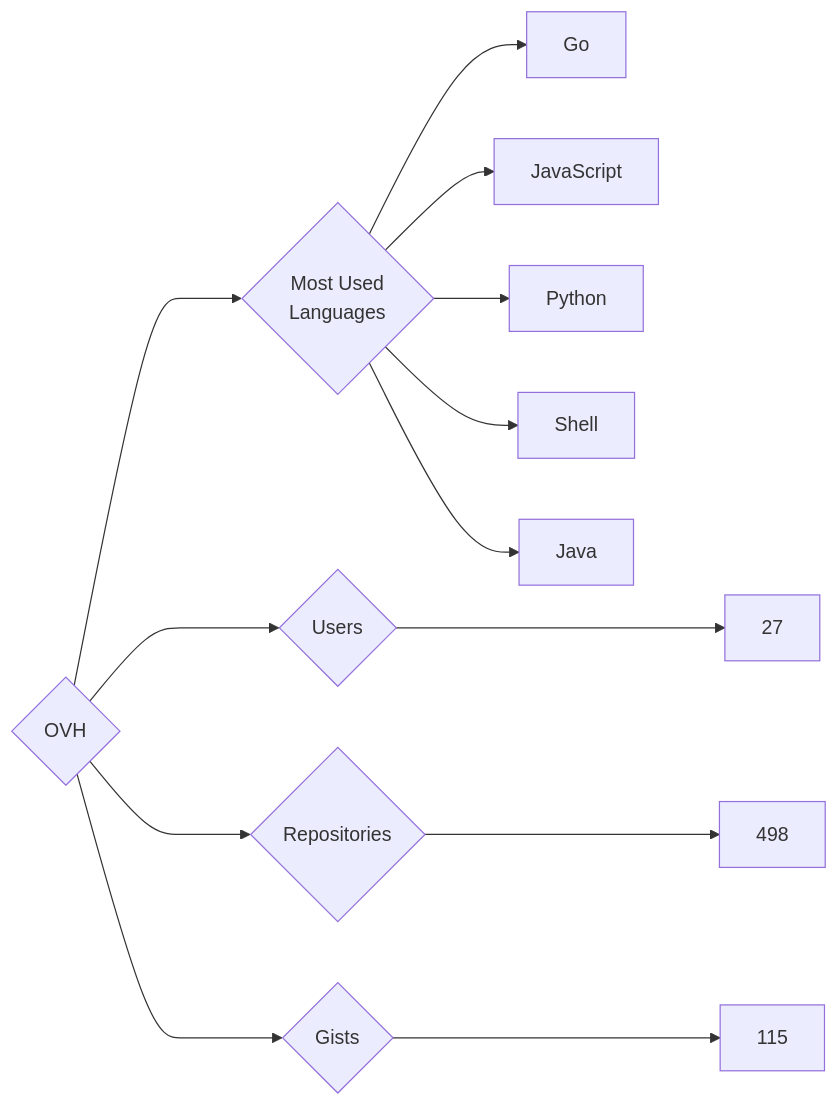
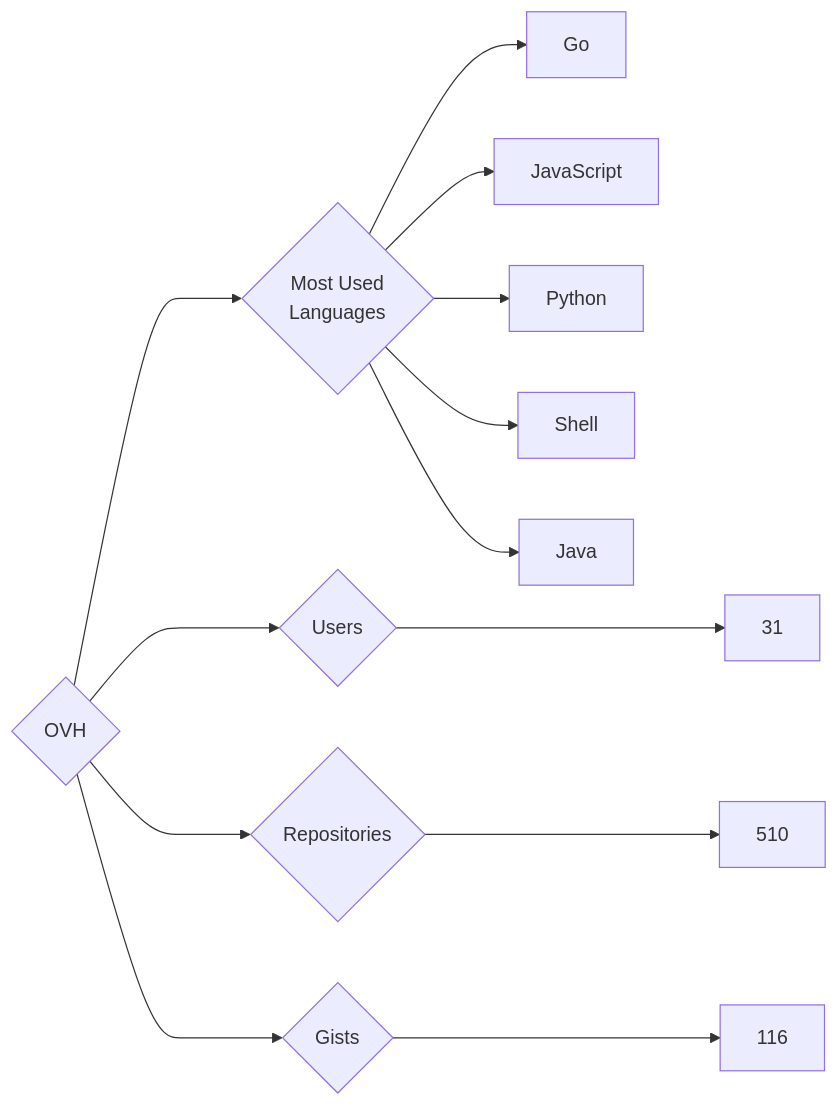
One commit to trickest/insiders changed the diagram in targets/OVH/README.md. Above: the diagram before and after it, drawn with Mermaid. The commit also changed 1696 other files, not shown here.

````diff
--- a/targets/OVH/README.md
+++ b/targets/OVH/README.md
@@ -3,13 +3,13 @@
 ```mermaid
 graph LR
 COMPANY_NAME{OVH}
-COMPANY_NAME ---> U{Users} ---> UN[27]
-COMPANY_NAME ---> R{Repositories} ---> RN[498]
-COMPANY_NAME ---> G{Gists} ---> GN[115]
+COMPANY_NAME ---> U{Users} ---> UN[31]
+COMPANY_NAME ---> R{Repositories} ---> RN[510]
+COMPANY_NAME ---> G{Gists} ---> GN[116]
 COMPANY_NAME ---> ML{Most Used<br>Languages}
 ML --> Go[Go]
 ML --> JavaScript[JavaScript]
 ML --> Python[Python]
 ML --> Shell[Shell]
 ML --> Java[Java]
 ```
````
